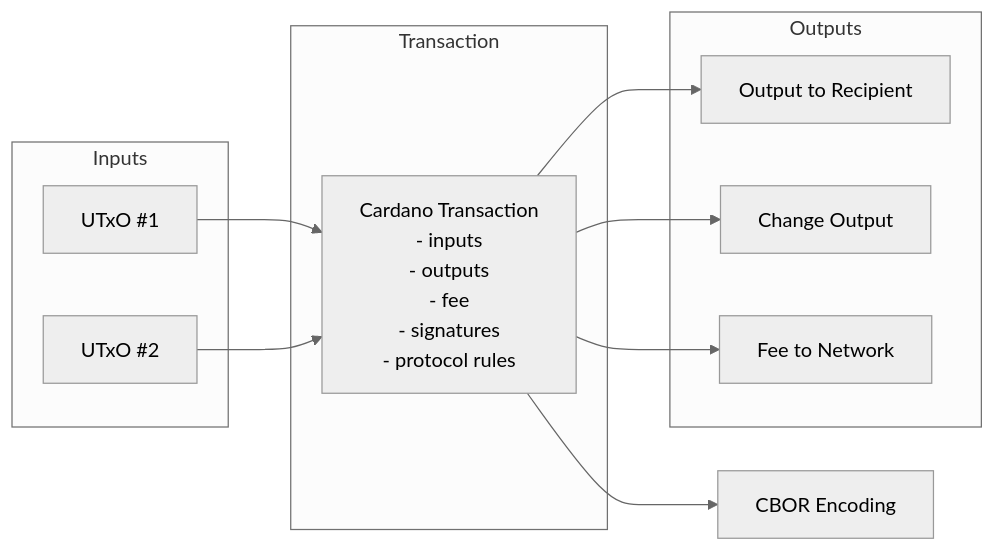
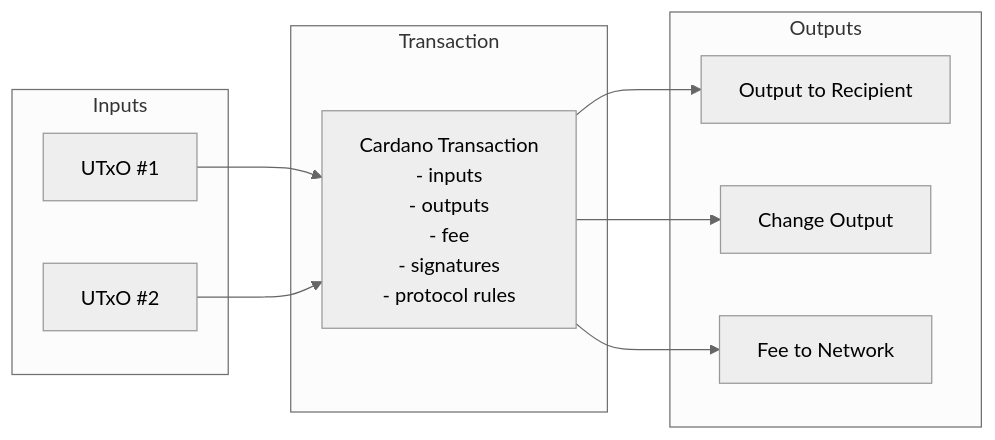
Before and after one commit to gimbalabs/cardano-go-pbl: the second of 2 diagrams in content/cardano-go-pbl/lessons/module-100/100.4-why-apollo.md, drawn with Mermaid (neutral theme). The commit also changed other lines of this file and 4 other files, not shown here.

````diff
--- a/content/cardano-go-pbl/lessons/module-100/100.4-why-apollo.md
+++ b/content/cardano-go-pbl/lessons/module-100/100.4-why-apollo.md
@@ -59,32 +59,30 @@
 ```mermaid
 flowchart LR
     subgraph Inputs
         U1[UTxO #1]
         U2[UTxO #2]
     end
 
     subgraph Transaction
         TX[Cardano Transaction
         - inputs
         - outputs
         - fee
         - signatures
         - protocol rules]
     end
 
     subgraph Outputs
         O1[Output to Recipient]
         O2[Change Output]
         F[Fee to Network]
     end
 
     U1 --> TX
     U2 --> TX
 
     TX --> O1
     TX --> O2
     TX --> F
 
-    TX --> CBOR[CBOR Encoding]
-
 ```
````
